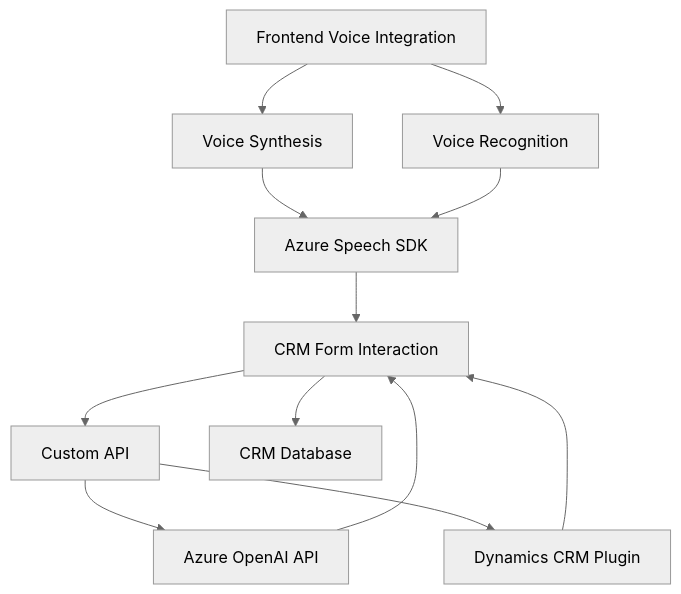
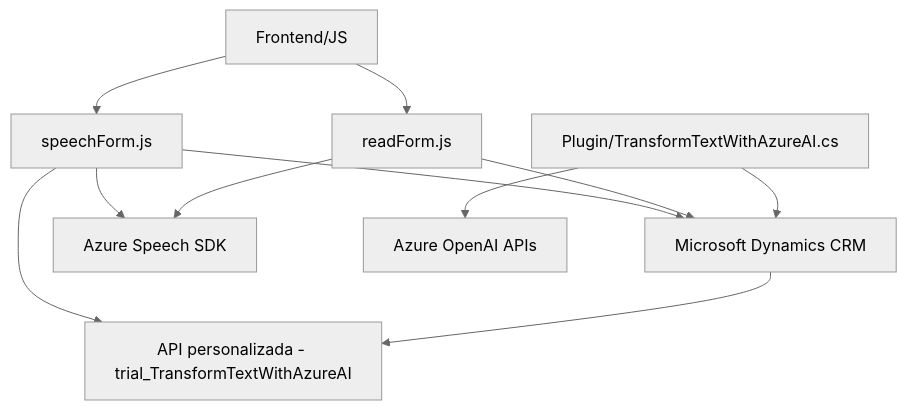
The diagram in README.md (blopezdm/NETCORE_BILBAO2025), drawn with Mermaid (neutral theme) before and after one commit. The commit also changed other lines of this file, not shown here.

````diff
--- a/README.md
+++ b/README.md
@@ -49,14 +32,22 @@
 ```mermaid
 graph TD
-  A[Frontend Voice Integration] --> B[Voice Synthesis]
-  A --> C[Voice Recognition]
-  B --> D["Azure Speech SDK"]
-  C --> D
-  D --> E[CRM Form Interaction]
-  E --> F[Custom API]
-  F --> G[Azure OpenAI API]
-  F --> H["Dynamics CRM Plugin"]
-  G --> E
-  H --> E
-  E --> I[CRM Database]
+    A["Frontend/JS"]
+    B["speechForm.js"]
+    C["readForm.js"]
+    D["Plugin/TransformTextWithAzureAI.cs"]
+    E["Microsoft Dynamics CRM"]
+    F["Azure Speech SDK"]
+    G["Azure OpenAI APIs"]
+    H["API personalizada - trial_TransformTextWithAzureAI"]
+
+    A --> B
+    A --> C
+    B --> F
+    C --> F
+    B --> E
+    C --> E
+    B --> H
+    D --> E
+    D --> G
+    E --> H
 ```
````
